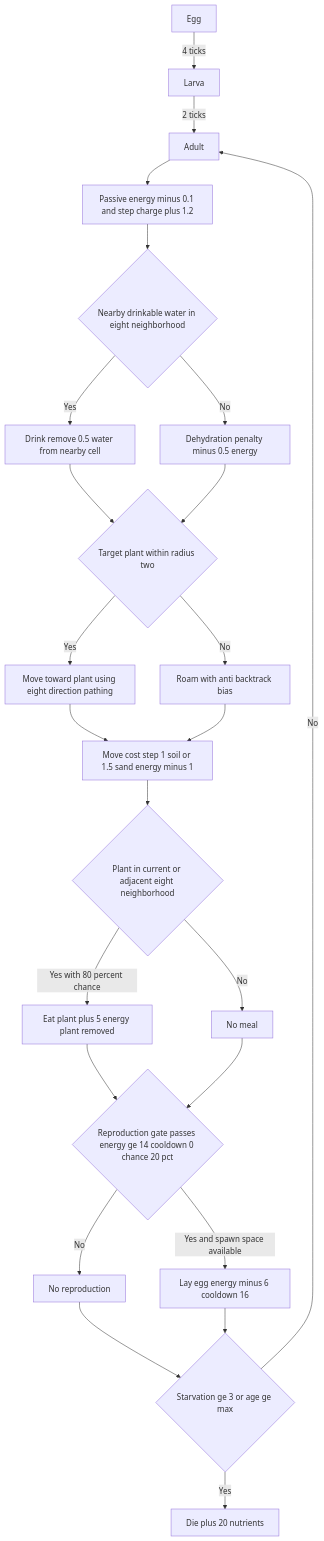
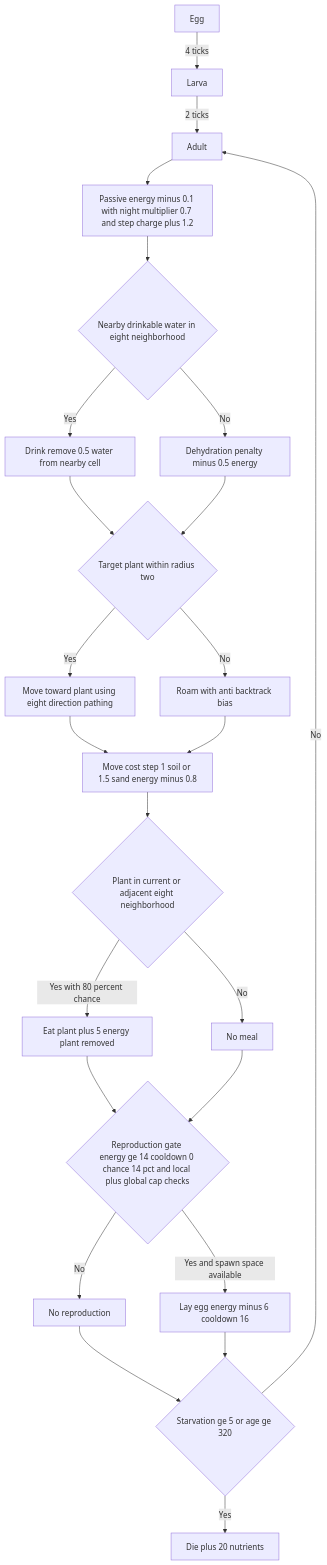
One commit to DenysVuika/terrarium changed the diagram in sandbox/terrarium-herbivore-insects-lifecycle.md. Above: the diagram before and after it, drawn with Mermaid. The commit also changed 5 other files, not shown here.

````diff
--- a/sandbox/terrarium-herbivore-insects-lifecycle.md
+++ b/sandbox/terrarium-herbivore-insects-lifecycle.md
@@ -3,32 +3,32 @@
 ```mermaid
 flowchart TD
     H1[Egg] -->|4 ticks| H2[Larva]
     H2 -->|2 ticks| H3[Adult]
 
-    H3 --> H4[Passive energy minus 0.1 and step charge plus 1.2]
+    H3 --> H4[Passive energy minus 0.1 with night multiplier 0.7 and step charge plus 1.2]
     H4 --> H5{Nearby drinkable water in eight neighborhood}
     H5 -->|Yes| H6[Drink remove 0.5 water from nearby cell]
     H5 -->|No| H7[Dehydration penalty minus 0.5 energy]
 
     H6 --> H8{Target plant within radius two}
     H7 --> H8
     H8 -->|Yes| H9[Move toward plant using eight direction pathing]
     H8 -->|No| H10[Roam with anti backtrack bias]
 
-    H9 --> H11[Move cost step 1 soil or 1.5 sand energy minus 1]
+    H9 --> H11[Move cost step 1 soil or 1.5 sand energy minus 0.8]
     H10 --> H11
 
     H11 --> H12{Plant in current or adjacent eight neighborhood}
     H12 -->|Yes with 80 percent chance| H13[Eat plant plus 5 energy plant removed]
     H12 -->|No| H14[No meal]
 
-    H13 --> H15{Reproduction gate passes energy ge 14 cooldown 0 chance 20 pct}
+    H13 --> H15{Reproduction gate energy ge 14 cooldown 0 chance 14 pct and local plus global cap checks}
     H14 --> H15
     H15 -->|Yes and spawn space available| H16[Lay egg energy minus 6 cooldown 16]
     H15 -->|No| H17[No reproduction]
 
-    H17 --> H18{Starvation ge 3 or age ge max}
+    H17 --> H18{Starvation ge 5 or age ge 320}
     H16 --> H18
     H18 -->|Yes| H19[Die plus 20 nutrients]
     H18 -->|No| H3
 ```
````
